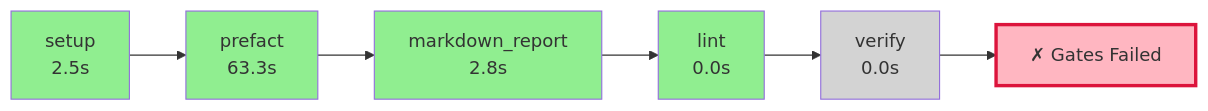
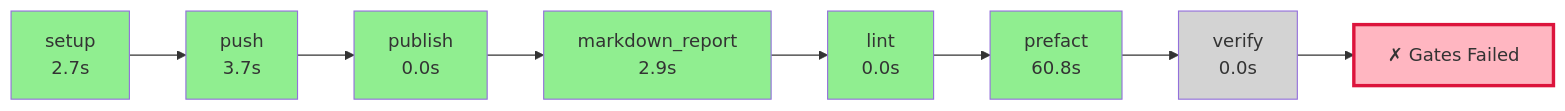
The diagram in .pyqual/report.md (wronai/fixos), drawn with Mermaid before and after one commit. The commit also changed other lines of this file and 6 other files, not shown here.

````diff
--- a/.pyqual/report.md
+++ b/.pyqual/report.md
@@ -10,20 +10,26 @@
 ```mermaid
 flowchart LR
-    S0["setup<br/>2.5s"]
+    S0["setup<br/>2.7s"]
     style S0 fill:#90EE90
-    S1["prefact<br/>63.3s"]
+    S1["push<br/>3.7s"]
     style S1 fill:#90EE90
     S0 --> S1
-    S2["markdown_report<br/>2.8s"]
+    S2["publish<br/>0.0s"]
     style S2 fill:#90EE90
     S1 --> S2
-    S3["lint<br/>0.0s"]
+    S3["markdown_report<br/>2.9s"]
     style S3 fill:#90EE90
     S2 --> S3
-    S4["verify<br/>0.0s"]
-    style S4 fill:#D3D3D3
+    S4["lint<br/>0.0s"]
+    style S4 fill:#90EE90
     S3 --> S4
+    S5["prefact<br/>60.8s"]
+    style S5 fill:#90EE90
+    S4 --> S5
+    S6["verify<br/>0.0s"]
+    style S6 fill:#D3D3D3
+    S5 --> S6
     G["✗ Gates Failed"]
     style G fill:#FFB6C1,stroke:#DC143C,stroke-width:3px
-    S4 --> G
+    S6 --> G
 ```
````
